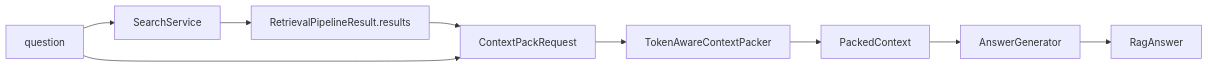
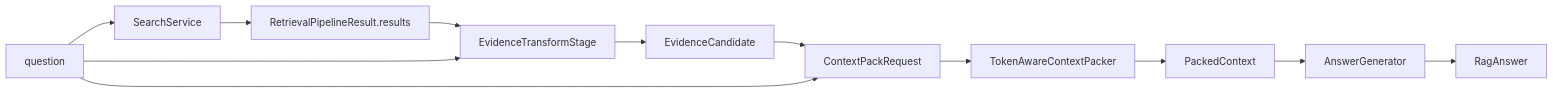
The third of 3 diagrams in documents/process/Retrieval模块处理流程说明.md (lWaterLite/paper-rag-assistant), drawn with Mermaid before and after one commit. The commit also changed other lines of this file and 2 other files, not shown here.

````diff
--- a/documents/process/Retrieval模块处理流程说明.md
+++ b/documents/process/Retrieval模块处理流程说明.md
@@ -365,11 +373,14 @@
 ```mermaid
 flowchart LR
     A[question] --> B[SearchService]
     B --> C[RetrievalPipelineResult.results]
-    C --> D[ContextPackRequest]
+    C --> D[EvidenceTransformStage]
     A --> D
-    D --> E[TokenAwareContextPacker]
-    E --> F[PackedContext]
-    F --> G[AnswerGenerator]
-    G --> H[RagAnswer]
+    D --> E[EvidenceCandidate]
+    E --> F[ContextPackRequest]
+    A --> F
+    F --> G[TokenAwareContextPacker]
+    G --> H[PackedContext]
+    H --> I[AnswerGenerator]
+    I --> J[RagAnswer]
 ```
````
